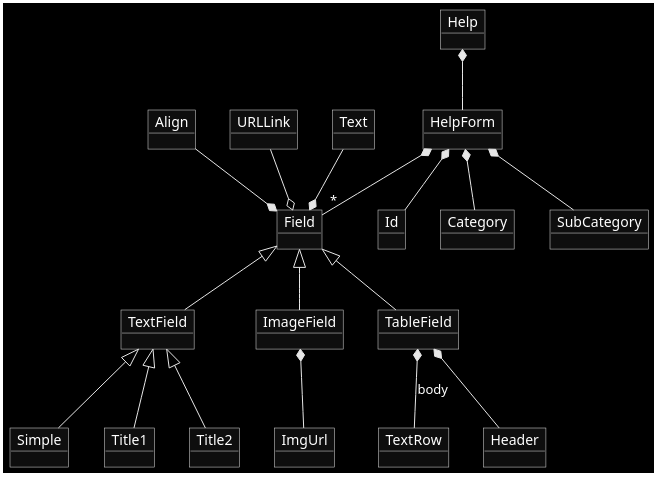
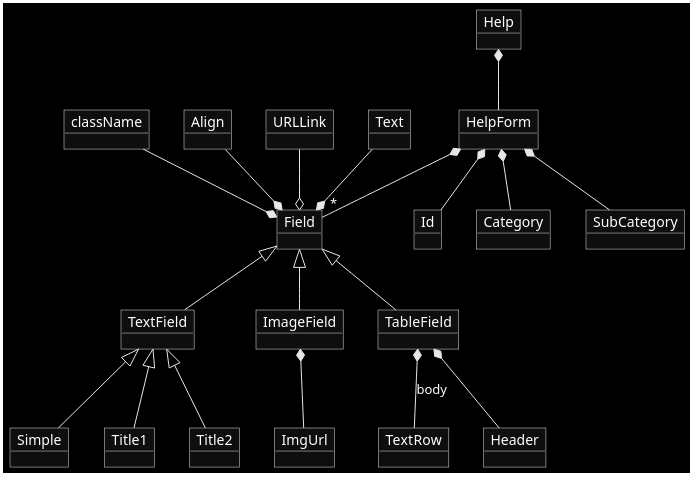
The diagram in src/domainModel/DomainDiagram.wsd (ivettepinto/tdx-tickets), drawn with PlantUML before and after one commit.

Commit message:
domain diagram improved

```diff
--- a/src/domainModel/DomainDiagram.wsd
+++ b/src/domainModel/DomainDiagram.wsd
@@ -1,47 +1,49 @@
 @startuml form
 
 Object Help
 
 Object HelpForm
 Object Id
 Object Category
 Object SubCategory
 Object Field
 Object URLLink
+Object className
 Object TextField 
 Object ImageField
 Object TableField
 Object Align
 Object Simple
 Object Title1
 Object Title2
 Object ImgUrl
 Object TextRow
 Object Text
 Object Header
 
 Help *-- HelpForm
 HelpForm *-- Id
 HelpForm *-- Category
 HelpForm *-- SubCategory
 HelpForm *--"*" Field
 
 Field *-up- Text
 Field o-up- URLLink
 Field *-up- Align
+Field *-up- className
 
 TextField -up-|> Field
 ImageField -up-|> Field
 TableField -up-|> Field
 
 Simple -up-|> TextField
 Title1 -up-|> TextField
 Title2 -up-|> TextField
 
 ImageField *-- ImgUrl
 
 TableField *-- TextRow:body
 TableField *-- Header
 
 skinparam monochrome reverse
 @enduml
```
